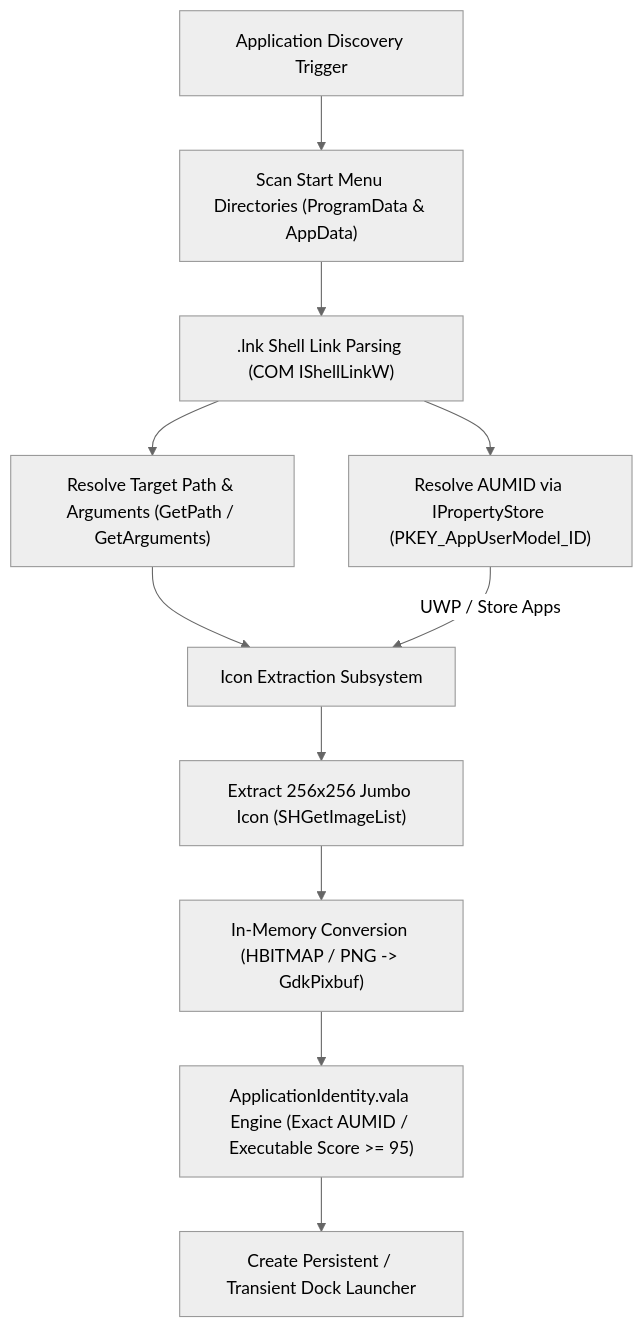
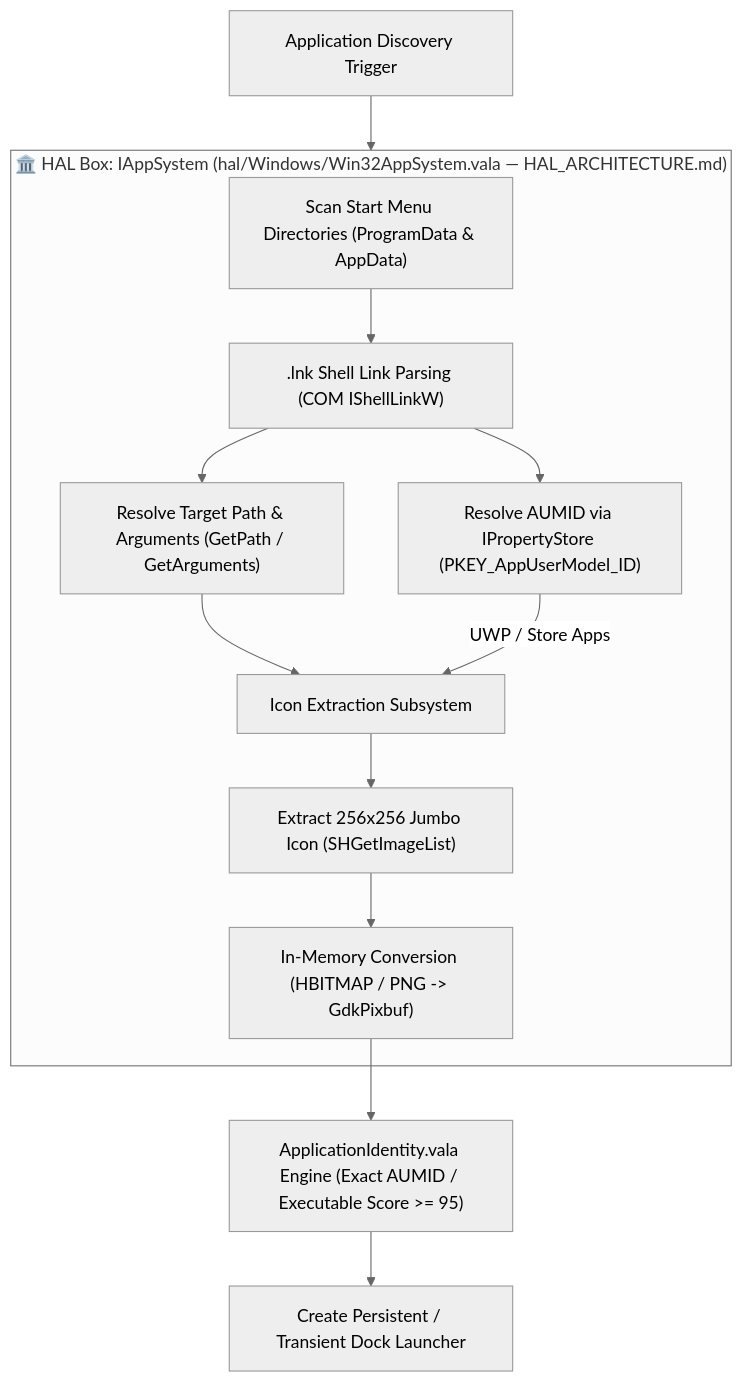
Before and after one commit to sergiomelas/WayPlank: the sixth of 7 diagrams in Documentation/WINPLANK_PORT_BATTLE_PLAN.md, drawn with Mermaid (neutral theme). The commit also changed other lines of this file and 174 other files, not shown here.

````diff
--- a/Documentation/WINPLANK_PORT_BATTLE_PLAN.md
+++ b/Documentation/WINPLANK_PORT_BATTLE_PLAN.md
@@ -312,16 +325,18 @@
 ```mermaid
 flowchart TD
-    START["Application Discovery Trigger"] --> SCAN["Scan Start Menu Directories (ProgramData & AppData)"]
+    START["Application Discovery Trigger"] --> HAL_APP
 
-    SCAN --> PARSE[".lnk Shell Link Parsing (COM IShellLinkW)"]
-    PARSE --> T1["Resolve Target Path & Arguments (GetPath / GetArguments)"]
-    PARSE --> T2["Resolve AUMID via IPropertyStore (PKEY_AppUserModel_ID)"]
+    subgraph HAL_APP ["🏛️ HAL Box: IAppSystem (hal/Windows/Win32AppSystem.vala — HAL_ARCHITECTURE.md)"]
+        SCAN["Scan Start Menu Directories (ProgramData & AppData)"]
+        SCAN --> PARSE[".lnk Shell Link Parsing (COM IShellLinkW)"]
+        PARSE --> T1["Resolve Target Path & Arguments (GetPath / GetArguments)"]
+        PARSE --> T2["Resolve AUMID via IPropertyStore (PKEY_AppUserModel_ID)"]
+        T1 --> ICON_EXTRACT["Icon Extraction Subsystem"]
+        T2 -->|"UWP / Store Apps"| ICON_EXTRACT
+        ICON_EXTRACT --> JUMBO["Extract 256x256 Jumbo Icon (SHGetImageList)"]
+        JUMBO --> MEM["In-Memory Conversion (HBITMAP / PNG -> GdkPixbuf)"]
+    end
 
-    T1 --> ICON_EXTRACT["Icon Extraction Subsystem"]
-    T2 -->|"UWP / Store Apps"| ICON_EXTRACT
-
-    ICON_EXTRACT --> JUMBO["Extract 256x256 Jumbo Icon (SHGetImageList)"]
-    JUMBO --> MEM["In-Memory Conversion (HBITMAP / PNG -> GdkPixbuf)"]
     MEM --> MATCH["ApplicationIdentity.vala Engine (Exact AUMID / Executable Score >= 95)"]
     MATCH --> DOCK_ITEM["Create Persistent / Transient Dock Launcher"]
 ```
````
